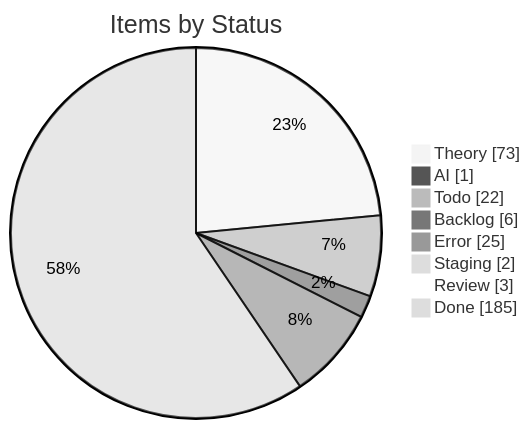
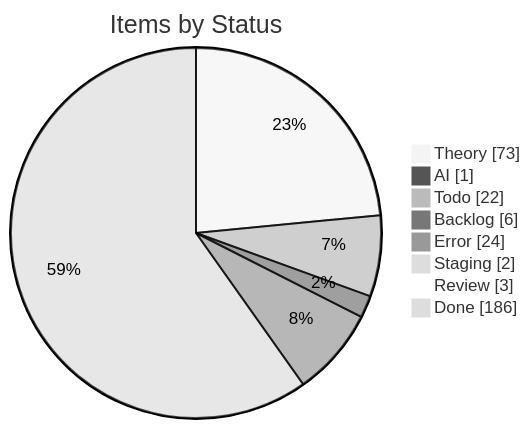
The first of 4 diagrams in apps/kbve/astro-kbve/src/content/docs/dashboard/kanban-data.mdx (KBVE/kbve), drawn with Mermaid (neutral theme) before and after one commit. The commit also changed other lines of this file and 6 other files, not shown here.

````diff
--- a/apps/kbve/astro-kbve/src/content/docs/dashboard/kanban-data.mdx
+++ b/apps/kbve/astro-kbve/src/content/docs/dashboard/kanban-data.mdx
@@ -55,12 +55,12 @@
 ```mermaid
 pie showData
     title Items by Status
     "Theory" : 73
     "AI" : 1
     "Todo" : 22
     "Backlog" : 6
-    "Error" : 25
+    "Error" : 24
     "Staging" : 2
     "Review" : 3
-    "Done" : 185
+    "Done" : 186
 ```
````
